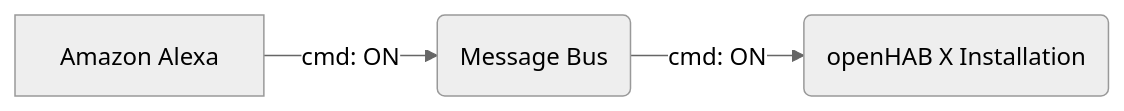
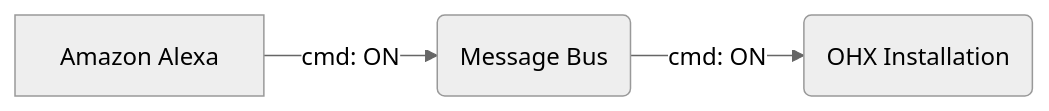
One commit to Openhab-Nodes/website changed the diagram in content/en/dashboard/costs.md. Above: the diagram before and after it, drawn with Mermaid (neutral theme). The commit also changed other lines of this file and 133 other files, not shown here.

Commit message:
Change theme color. Rename to OHX. Improve oauth flows

```diff
--- a/content/en/dashboard/costs.md
+++ b/content/en/dashboard/costs.md
@@ -12,5 +12,5 @@
 {{< mermaid align="left" context="how_cloud_backend_works">}}
 graph LR;
     A[Amazon Alexa] -->|cmd: ON| bus(Message Bus)
-	bus -->|cmd: ON| i1(openHAB X Installation)
+	bus -->|cmd: ON| i1(OHX Installation)
 {{< /mermaid >}}
```
